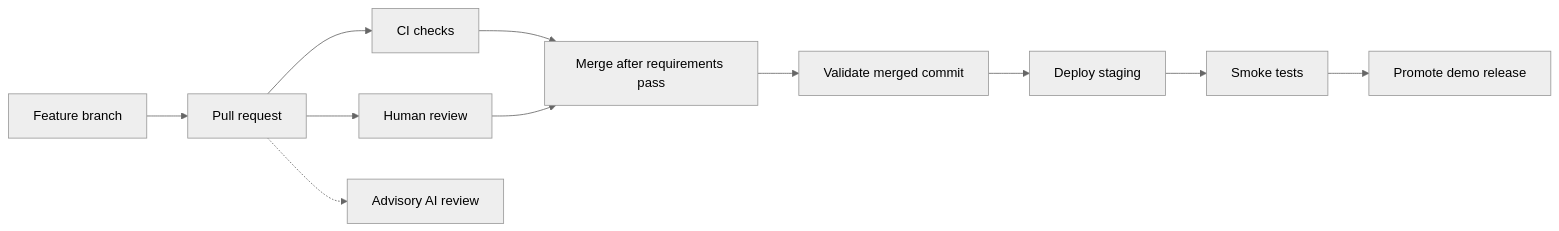
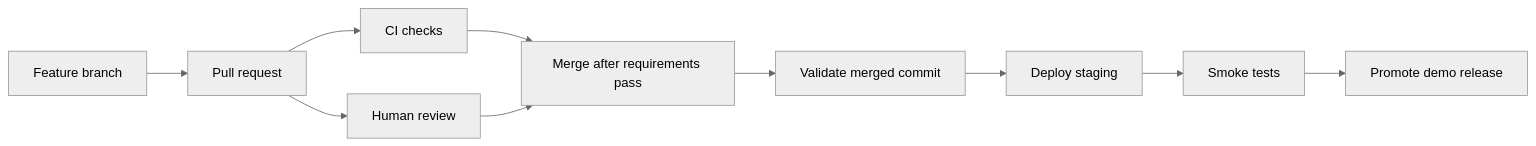
Before and after one commit to bryanseah234/IS212-SPM-T8-ConnectSphere: the diagram in docs/repository-setup.md, drawn with Mermaid (neutral theme). The commit also changed other lines of this file and 5 other files, not shown here.

````diff
--- a/docs/repository-setup.md
+++ b/docs/repository-setup.md
@@ -267,13 +261,12 @@
 ```mermaid
 flowchart LR
     A[Feature branch] --> B[Pull request]
     B --> C[CI checks]
     B --> D[Human review]
-    B -.-> E[Advisory AI review]
     C --> F[Merge after requirements pass]
     D --> F
     F --> G[Validate merged commit]
     G --> H[Deploy staging]
     H --> I[Smoke tests]
     I --> J[Promote demo release]
 ```
````
